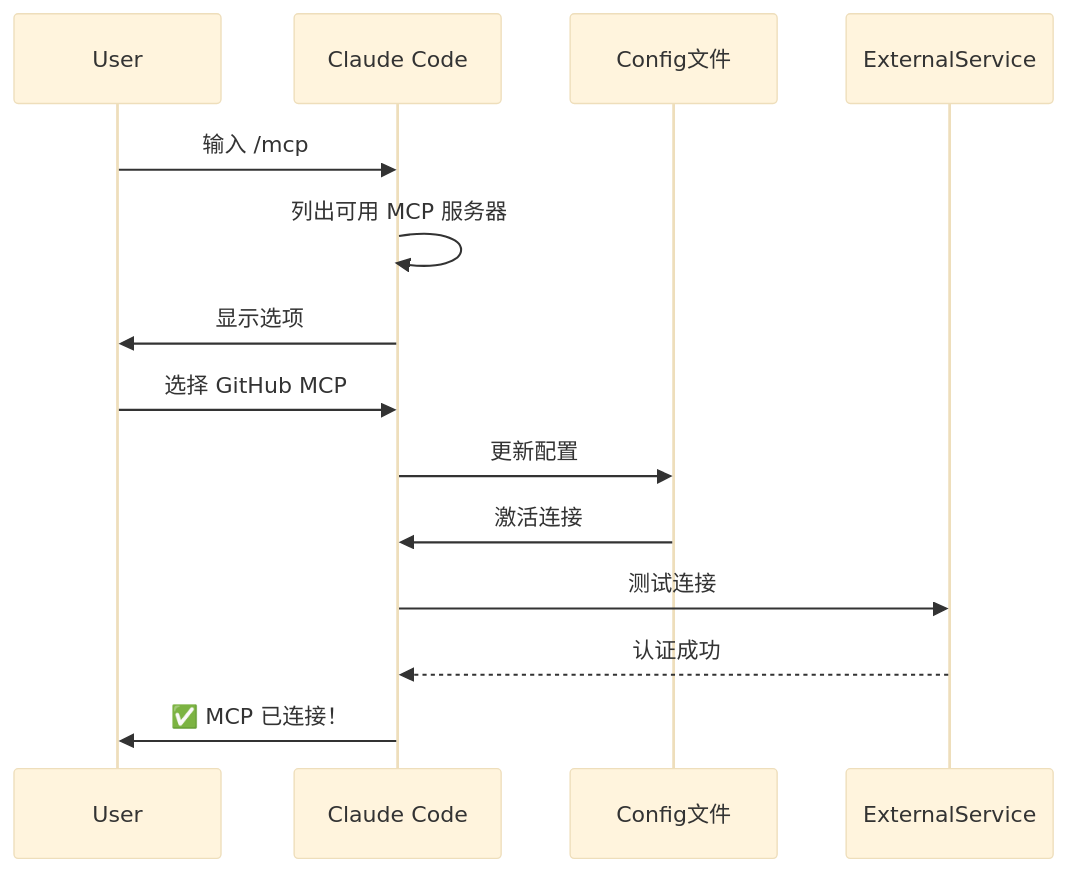
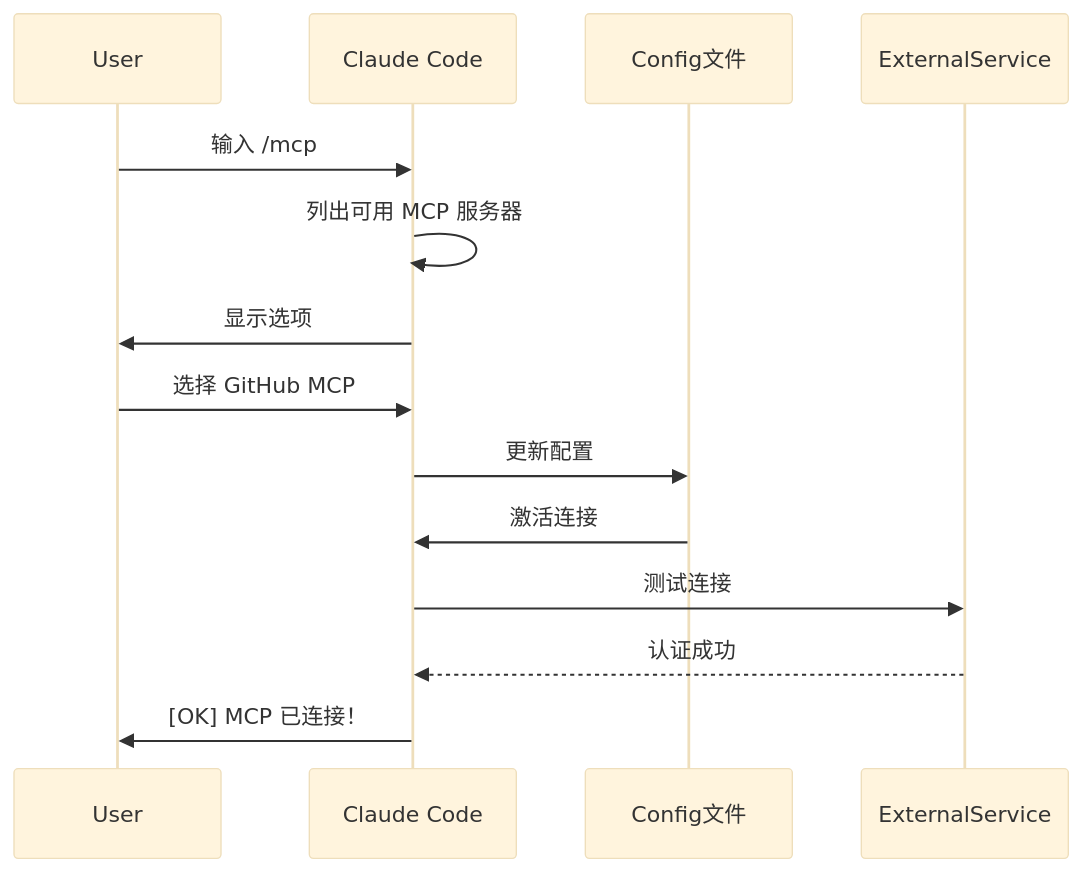
Diagram 14 of 31 in claude_concepts_guide.md (Rx782-Fss/claude-howto-zh), drawn with Mermaid (base theme) before and after one commit. The commit also changed other lines of this file and 5 other files, not shown here.

Commit message:
fix: Mermaid 内全角括号/问号/emoji/<br/> 改为半角ASCII避免 GitHub 渲染失败

````diff
--- a/claude_concepts_guide.md
+++ b/claude_concepts_guide.md
@@ -980,17 +980,17 @@
 ```mermaid
 sequenceDiagram
     participant User
     participant Claude as Claude Code
     participant Config as Config文件
     participant Service as ExternalService
 
     User->>Claude: 输入 /mcp
     Claude->>Claude: 列出可用 MCP 服务器
     Claude->>User: 显示选项
     User->>Claude: 选择 GitHub MCP
     Claude->>Config: 更新配置
     Config->>Claude: 激活连接
     Claude->>Service: 测试连接
     Service-->>Claude: 认证成功
-    Claude->>User: ✅ MCP 已连接！
+    Claude->>User: [OK] MCP 已连接！
 ```
````
